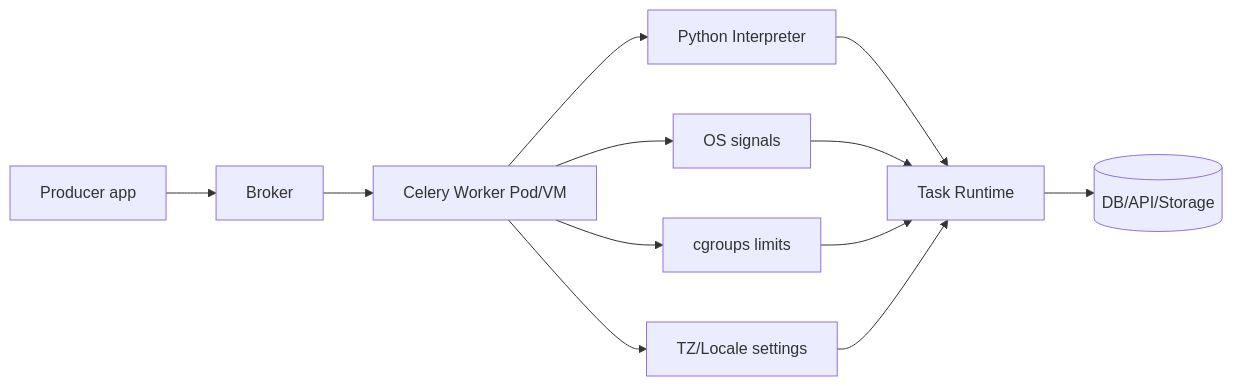
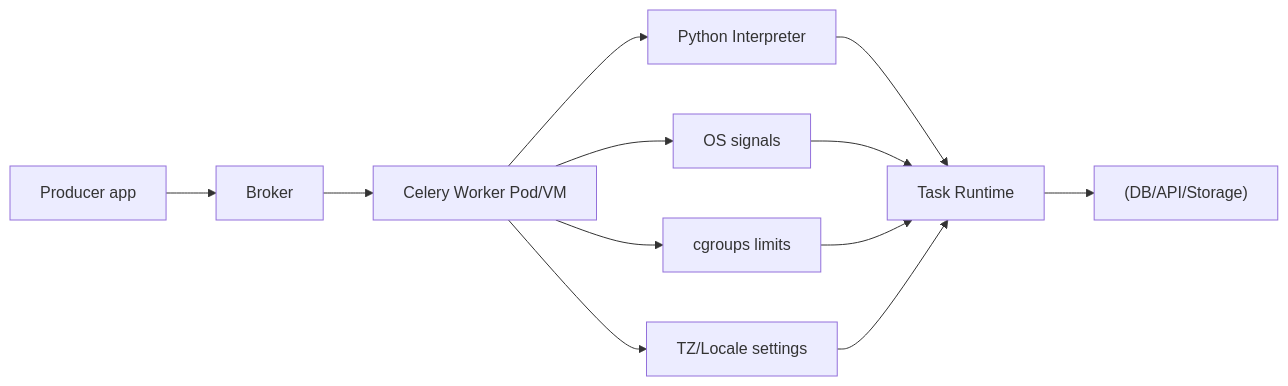
One commit to DDoSKudya/ai-study-atlas changed the first of 2 diagrams in directions/services/celery/pact/41_platformy_interpretatory_i_sreda_ispolneniya/09_41_skvoznaya_skhema_sredy_ispolneniya.md. Above: the diagram before and after it, drawn with Mermaid. The commit also changed other lines of this file and 322 other files, not shown here.

Commit message:
fix(docs): make mermaid diagrams GitHub-compatible across directions content

````diff
--- a/directions/services/celery/pact/41_platformy_interpretatory_i_sreda_ispolneniya/09_41_skvoznaya_skhema_sredy_ispolneniya.md
+++ b/directions/services/celery/pact/41_platformy_interpretatory_i_sreda_ispolneniya/09_41_skvoznaya_skhema_sredy_ispolneniya.md
@@ -6,14 +6,14 @@
 ```mermaid
 flowchart LR
-    A[Producer app] --> B[Broker]
-    B --> C[Celery Worker Pod/VM]
-    C --> D[Python Interpreter]
-    D --> E[Task Runtime]
-    E --> F[(DB/API/Storage)]
-    C --> G[cgroups limits]
-    C --> H[OS signals]
-    C --> I[TZ/Locale settings]
+    A["Producer app"] --> B["Broker"]
+    B --> C["Celery Worker Pod/VM"]
+    C --> D["Python Interpreter"]
+    D --> E["Task Runtime"]
+    E --> F["(DB/API/Storage)"]
+    C --> G["cgroups limits"]
+    C --> H["OS signals"]
+    C --> I["TZ/Locale settings"]
     H --> E
     G --> E
     I --> E
 ```
````
